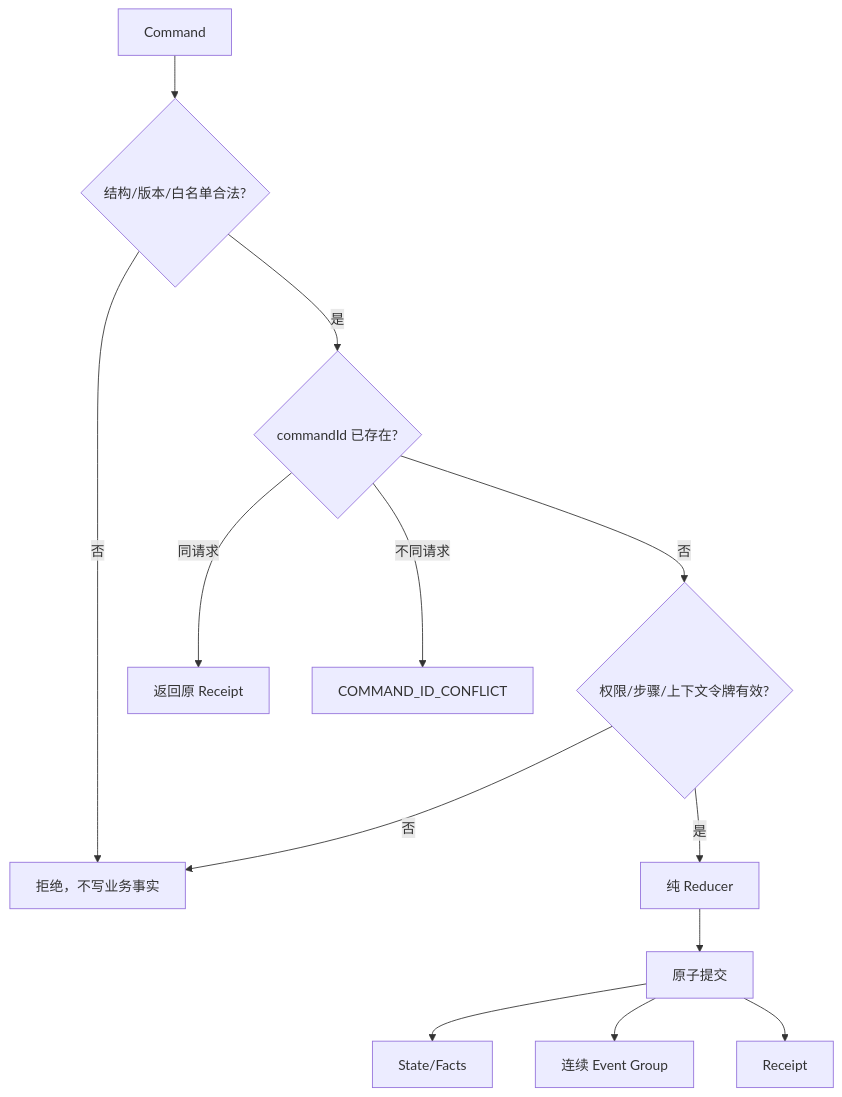
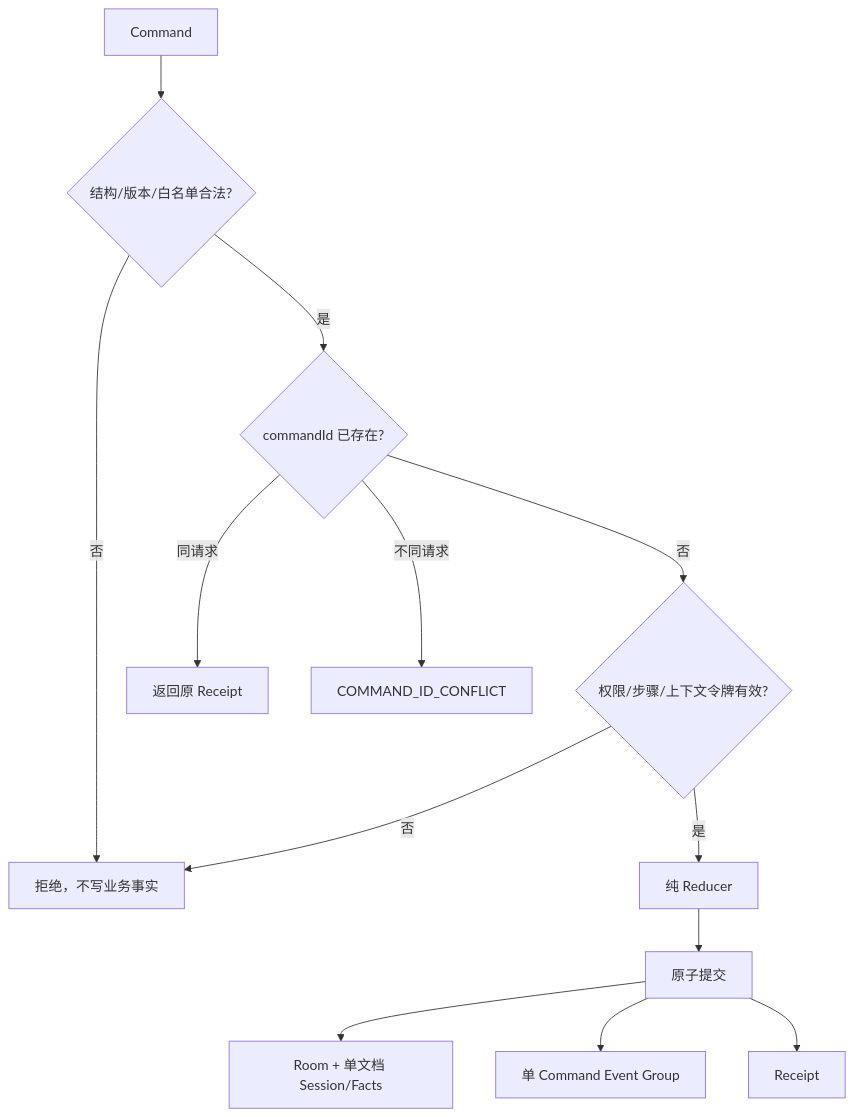
The sixth of 18 diagrams in docs/ROOM_PROTOCOL_V3_IMPLEMENTATION.md (Bubble-419/cardboard-miniprogram), drawn with Mermaid before and after one commit. The commit also changed other lines of this file and 37 other files, not shown here.

Commit message:
refactor: fan out actor events and compact room sessions

````diff
--- a/docs/ROOM_PROTOCOL_V3_IMPLEMENTATION.md
+++ b/docs/ROOM_PROTOCOL_V3_IMPLEMENTATION.md
@@ -141,15 +153,15 @@
 ```mermaid
 flowchart TD
   IN[Command] --> SCHEMA{结构/版本/白名单合法?}
   SCHEMA -- 否 --> REJECT[拒绝，不写业务事实]
   SCHEMA -- 是 --> RECEIPT{commandId 已存在?}
   RECEIPT -- 同请求 --> REPLAY[返回原 Receipt]
   RECEIPT -- 不同请求 --> CONFLICT[COMMAND_ID_CONFLICT]
   RECEIPT -- 否 --> CTX{权限/步骤/上下文令牌有效?}
   CTX -- 否 --> REJECT
   CTX -- 是 --> REDUCE[纯 Reducer]
   REDUCE --> COMMIT[原子提交]
-  COMMIT --> STATE[State/Facts]
-  COMMIT --> EVENTS[连续 Event Group]
+  COMMIT --> STATE[Room + 单文档 Session/Facts]
+  COMMIT --> EVENTS[单 Command Event Group]
   COMMIT --> NEWRECEIPT[Receipt]
 ```
````
